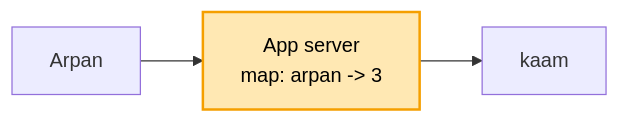
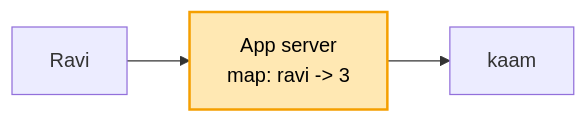
One commit to ArpanMaheshwari144/Prep changed the first of 10 diagrams in 04_HLD/SYSTEM_DESIGNS/02_rate_limiter/02_rate_limiter.md. Above: the diagram before and after it, drawn with Mermaid. The commit also changed other lines of this file and 2 other files, not shown here.

Commit message:
HLD: main file = hand notes (cache 10 se 11 machine, notification SMS had 100/s, rate limiter kadam 1-4 Ravi ke OTP pe)

````diff
--- a/04_HLD/SYSTEM_DESIGNS/02_rate_limiter/02_rate_limiter.md
+++ b/04_HLD/SYSTEM_DESIGNS/02_rate_limiter/02_rate_limiter.md
@@ -60,6 +60,6 @@
 ```mermaid
 flowchart LR
-    U["Arpan"] --> S["App server<br/>map: arpan -> 3"]
+    U["Ravi"] --> S["App server<br/>map: ravi -> 3"]
     S --> K["kaam"]
     style S fill:#ffe8b3,stroke:#f59f00,stroke-width:2px,color:#000
 ```
````
